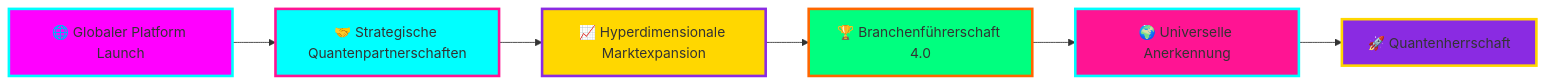
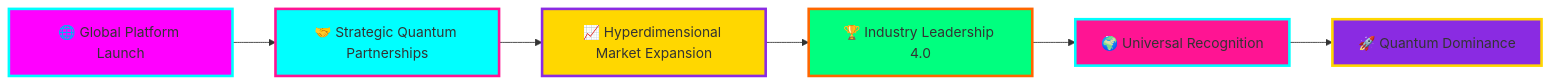
Before and after one commit to made-in-germany-global/MADE-IN-GERMANY-GLOBAL: the diagram in README.md, drawn with Mermaid. The commit also changed other lines of this file, not shown here.

````diff
--- a/README.md
+++ b/README.md
@@ -374,15 +377,15 @@
 ```mermaid
 graph LR
-    A[🌐 Globaler Platform Launch] --> B[🤝 Strategische Quantenpartnerschaften]
-    B --> C[📈 Hyperdimensionale Marktexpansion]  
-    C --> D[🏆 Branchenführerschaft 4.0]
-    D --> E[🌍 Universelle Anerkennung]
-    E --> F[🚀 Quantenherrschaft]
+    A[🌐 Global Platform Launch] --> B[🤝 Strategic Quantum Partnerships]
+    B --> C[📈 Hyperdimensional Market Expansion]  
+    C --> D[🏆 Industry Leadership 4.0]
+    D --> E[🌍 Universal Recognition]
+    E --> F[🚀 Quantum Dominance]
     
     style A fill:#FF00FF,stroke:#00FFFF,stroke-width:3px
     style B fill:#00FFFF,stroke:#FF1493,stroke-width:3px  
     style C fill:#FFD700,stroke:#8A2BE2,stroke-width:3px
     style D fill:#00FF7F,stroke:#FF6600,stroke-width:3px
     style E fill:#FF1493,stroke:#00FFFF,stroke-width:3px
     style F fill:#8A2BE2,stroke:#FFD700,stroke-width:3px
 ```
````
